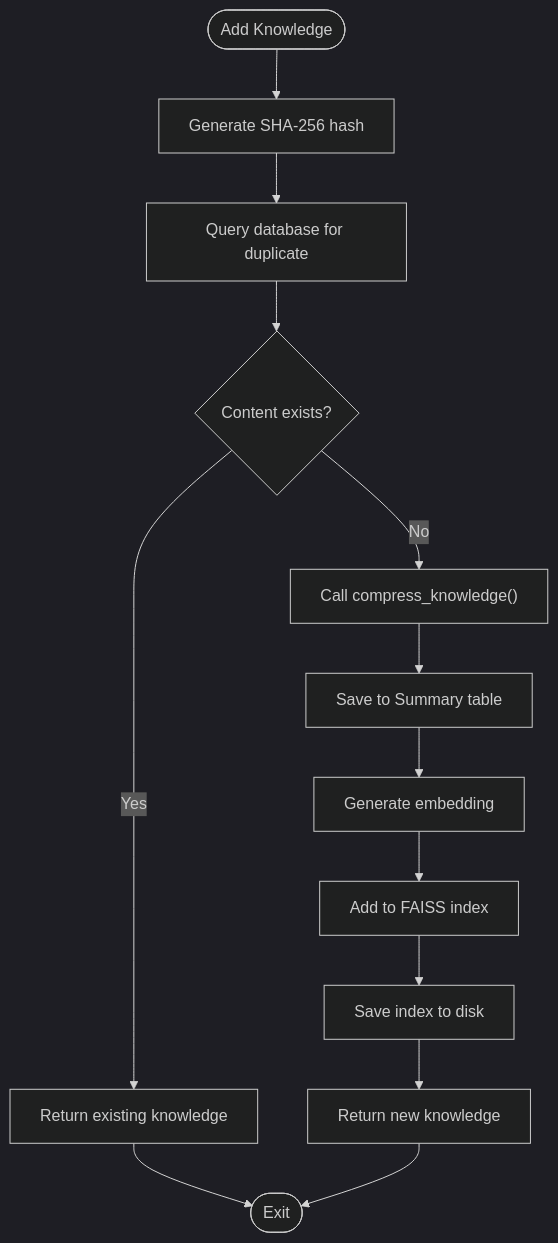
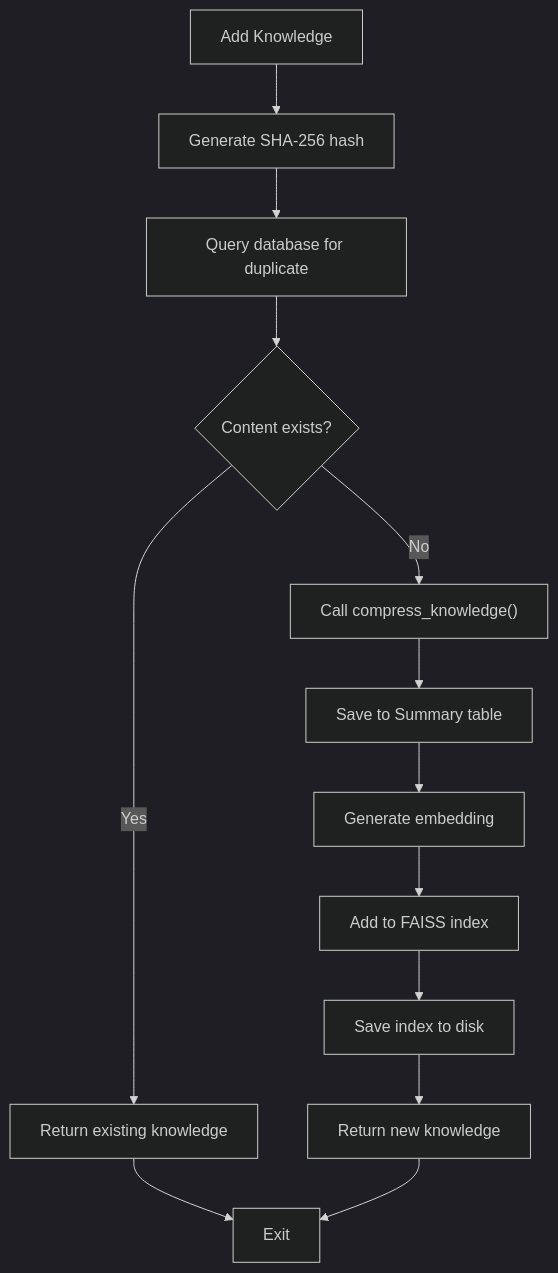
Before and after one commit to Likhithsai2580/RAVANA-WIKI: the third of 4 diagrams in docs/API Reference/Knowledge Service API.md, drawn with Mermaid (dark theme). The commit also changed 52 other files, not shown here.

First line of the commit message:
chore(docs): update documentation content, fix Mermaid diagrams, and enhance README

````diff
--- a/docs/API Reference/Knowledge Service API.md
+++ b/docs/API Reference/Knowledge Service API.md
@@ -134,15 +134,15 @@
 ```mermaid
 flowchart TD
-Start([Add Knowledge]) --> Hash["Generate SHA-256 hash"]
+Start["Add Knowledge"] --> Hash["Generate SHA-256 hash"]
 Hash --> CheckDB["Query database for duplicate"]
 CheckDB --> Exists{"Content exists?"}
 Exists --> |Yes| ReturnExisting["Return existing knowledge"]
 Exists --> |No| Compress["Call compress_knowledge()"]
 Compress --> SaveDB["Save to Summary table"]
 SaveDB --> Embed["Generate embedding"]
 Embed --> UpdateIndex["Add to FAISS index"]
 UpdateIndex --> Persist["Save index to disk"]
 Persist --> ReturnNew["Return new knowledge"]
-ReturnExisting --> End([Exit])
+ReturnExisting --> End["Exit"]
 ReturnNew --> End
 ```
````
